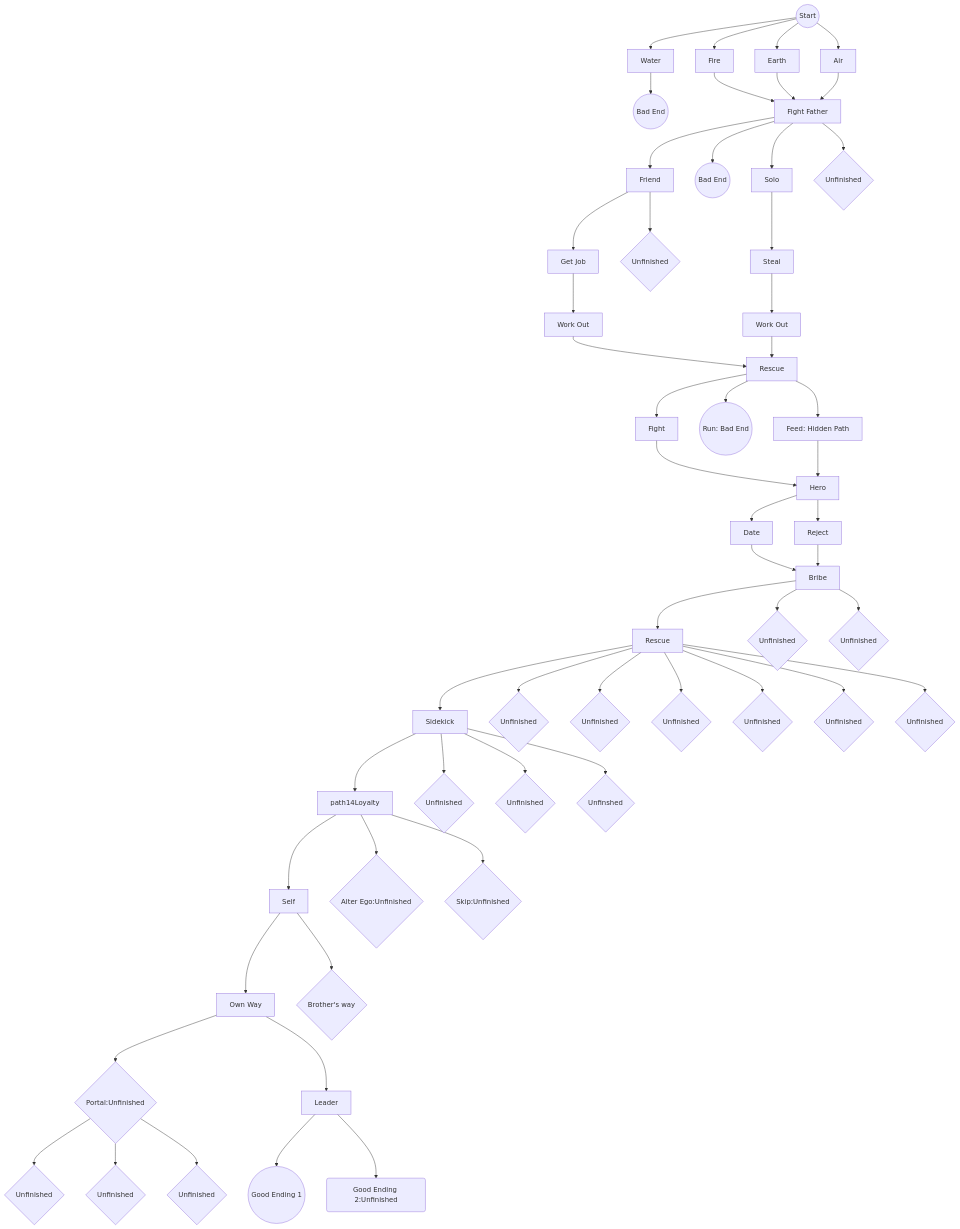
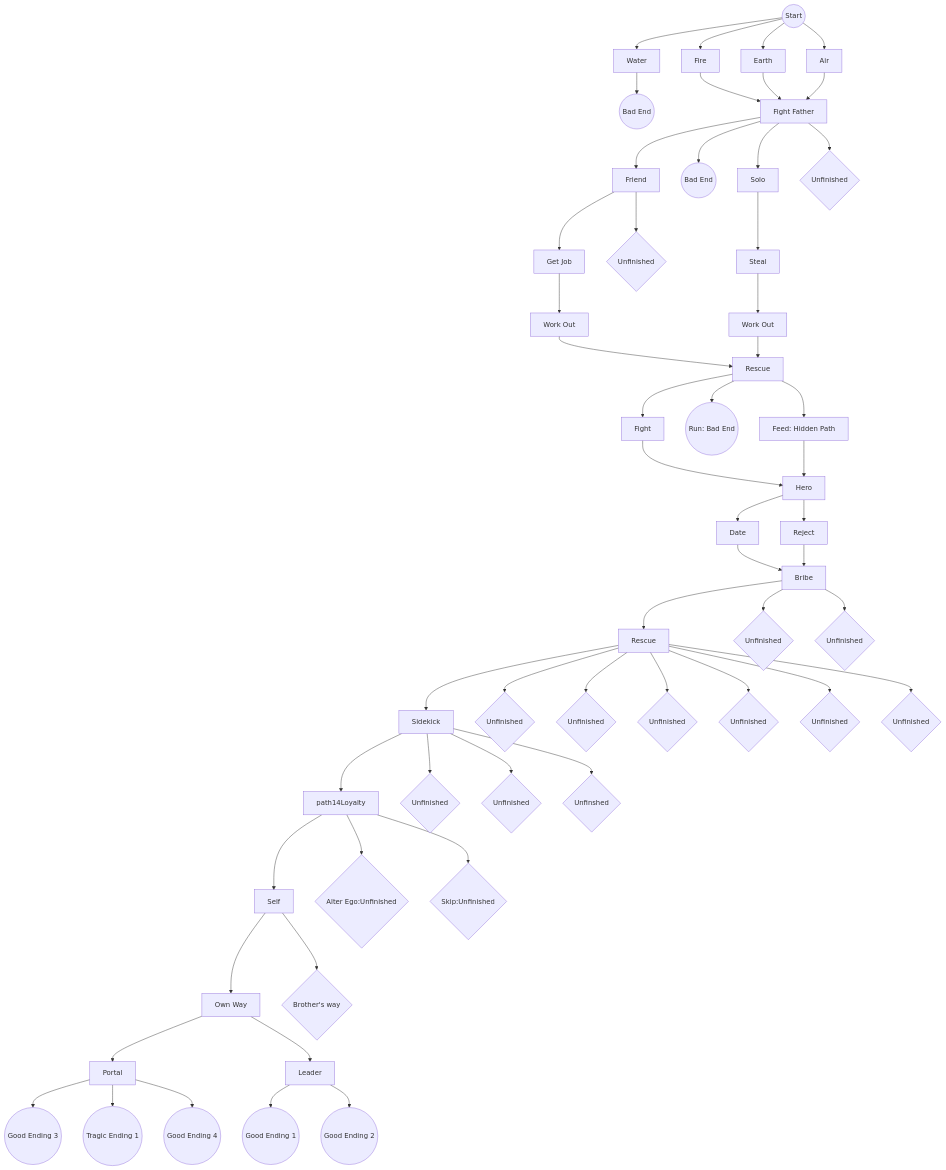
Before and after one commit to Tsuru4/TypeScriptAdventure: the diagram in StoryFlowChart.md, drawn with Mermaid. The commit also changed 2 other files, not shown here.

Commit message:
Completed three more endings to the premade story.

````diff
--- a/StoryFlowChart.md
+++ b/StoryFlowChart.md
@@ -2,71 +2,71 @@
 ```mermaid
 flowchart
     path1((Start))
     
     path1 --> path2Water[Water] --> badpath((Bad End))
     path1 --> path2Fire[Fire] --> path3Fight
     path1 --> path2Earth[Earth] --> path3Fight
     path1 --> path2Air[Air] --> path3Fight
     
     path3Fight[Fight Father]
 
     path3Fight --> path4Friend[Friend]
     path3Fight --> path4Brother((Bad End))
     path3Fight --> path4Solo[Solo] --> path5StealSolo[Steal] --> path6TrainDesert[Work Out]
     path3Fight --> path4Home{Unfinished}
 
     path4Friend --> path5Job[Get Job]
     path4Friend --> path5StealFriend{Unfinished}
 
     path5Job --> path6TrainOcean[Work Out]
 
     path6TrainOcean --> path7Rescue[Rescue]
     path6TrainDesert --> path7Rescue
 
     path7Rescue --> path8Fight[Fight]
     path7Rescue --> path8Run((Run: Bad End))
     path7Rescue --> path8Feed[Feed: Hidden Path]
 
     path8Fight --> path9Hero[Hero]
     path8Feed --> path9Hero
 
     path9Hero --> path10Date[Date]
     path9Hero --> path10Reject[Reject]
 
     path10Reject --> path11Bribe
     path10Date --> path11Bribe[Bribe]
 
     path11Bribe --> path12Rescue[Rescue]
     path11Bribe --> path12Arrest{Unfinished}
     path11Bribe --> path12Silence{Unfinished}
 
     path12Rescue[Rescue] --> path13Sidekick[Sidekick]
     path12Rescue --> path13Reject{Unfinished}
     path12Rescue --> path13TreatVillain{Unfinished}
     path12Rescue --> path13TreatHero{Unfinished}
     path12Rescue --> path13TreatAnti{Unfinished}
     path12Rescue --> path13TreatScientist{Unfinished}
     path12Rescue --> path13TreatGirl{Unfinished}
 
 
     path13Sidekick --> path14Loyalty
     path13Sidekick --> path14Girl3{Unfinished}
     path13Sidekick --> path14Girl4{Unfinished}
     path13Sidekick --> path14All{Unfinshed}
 
     path14Loyalty --> path15Self[Self]
     path14Loyalty --> path15Hero{Alter Ego:Unfinished}
     path14Loyalty --> path15Skip{Skip:Unfinished}
 
     path15Self --> path16Hero[Own Way]
     path15Self --> path16Cooperate{Brother's way}
 
-    path16Hero --> path17Portal{Portal:Unfinished}
+    path16Hero --> path17Portal[Portal]
     path16Hero --> path17Leader[Leader]
 
-    path17Portal --> path18Reopen{Unfinished}
-    path17Portal --> path18Run{Unfinished}
-    path17Portal --> path18Close{Unfinished}
+    path17Portal --> path18Reopen((Good Ending 3))
+    path17Portal --> path18Run((Tragic Ending 1))
+    path17Portal --> path18Close((Good Ending 4))
     path17Leader --> path18Victory((Good Ending 1))
-    path17Leader --> path18Mercy(Good Ending 2:Unfinished)
+    path17Leader --> path18Mercy((Good Ending 2))
 ```
````
